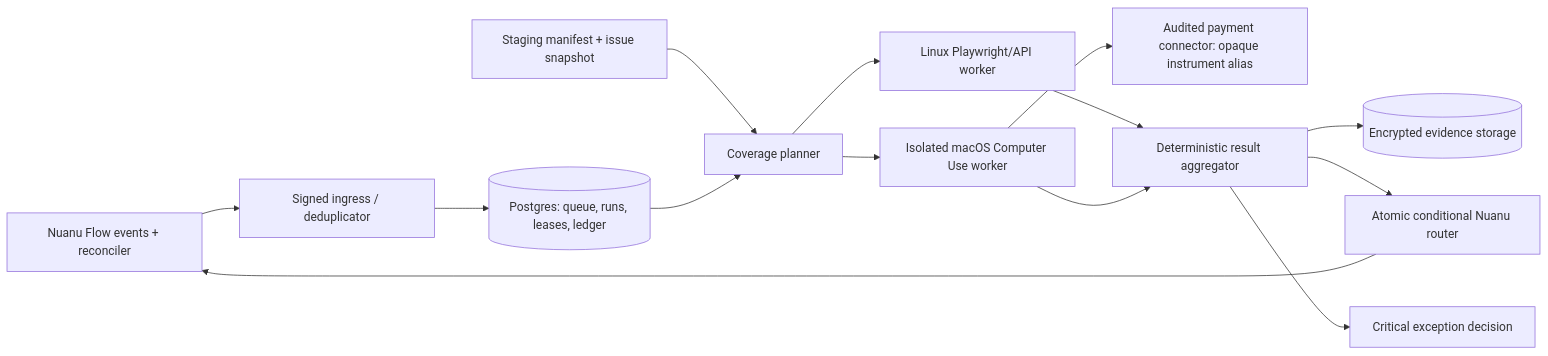
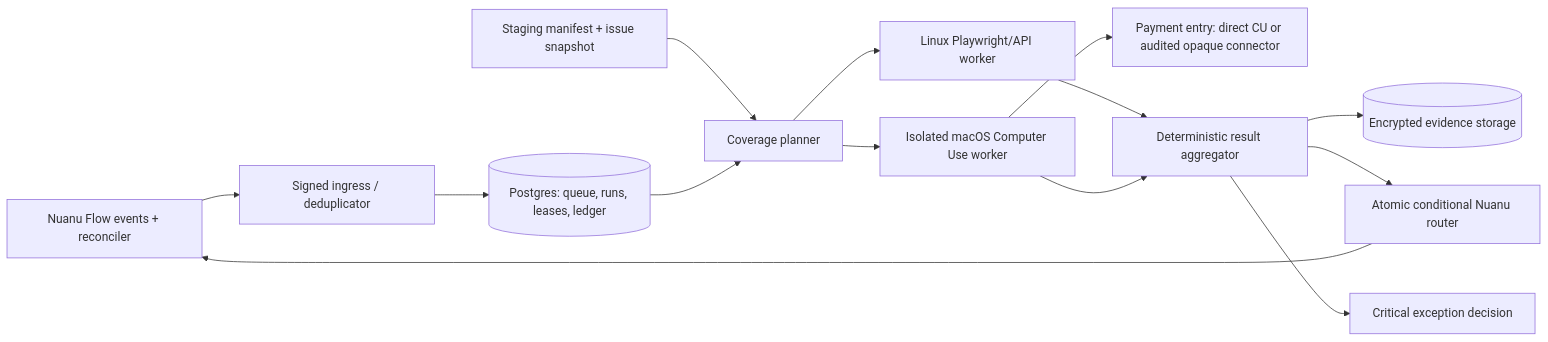
The diagram in docs/superpowers/specs/2026-07-31-freeland-autonomous-qa-harness-design.md (solomindanil/NuanuFlowQA), drawn with Mermaid before and after one commit. The commit also changed other lines of this file, not shown here.

Commit message:
docs: revise payment data capture policy

````diff
--- a/docs/superpowers/specs/2026-07-31-freeland-autonomous-qa-harness-design.md
+++ b/docs/superpowers/specs/2026-07-31-freeland-autonomous-qa-harness-design.md
@@ -310,16 +314,16 @@
 ```mermaid
 flowchart LR
     NF["Nuanu Flow events + reconciler"] --> IN["Signed ingress / deduplicator"]
     IN --> DB[("Postgres: queue, runs, leases, ledger")]
     MAN["Staging manifest + issue snapshot"] --> PLAN["Coverage planner"]
     DB --> PLAN
     PLAN --> PW["Linux Playwright/API worker"]
     PLAN --> CU["Isolated macOS Computer Use worker"]
-    CU --> SEC["Audited payment connector: opaque instrument alias"]
+    CU --> SEC["Payment entry: direct CU or audited opaque connector"]
     PW --> AGG["Deterministic result aggregator"]
     CU --> AGG
     AGG --> OBJ[("Encrypted evidence storage")]
     AGG --> ROUTE["Atomic conditional Nuanu router"]
     ROUTE --> NF
     AGG --> EX["Critical exception decision"]
 ```
````
